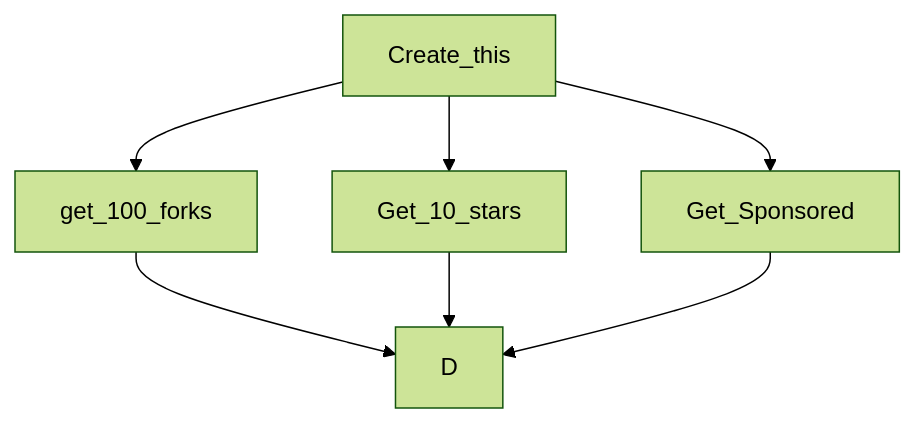
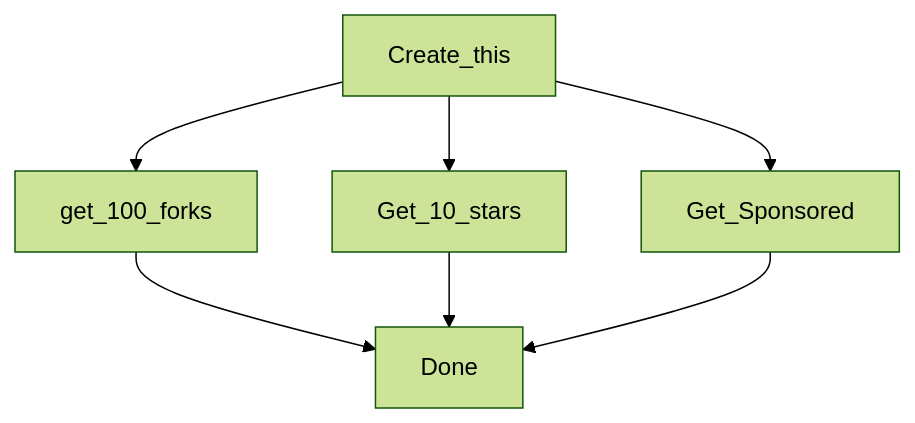
Before and after one commit to eymeen/cool-markdown: the diagram in README.md, drawn with Mermaid (forest theme). The commit also changed other lines of this file, not shown here.

````diff
--- a/README.md
+++ b/README.md
@@ -62,9 +136,9 @@
 ```mermaid
 graph TD;
     Create_this-->Get_Sponsored;
     Create_this-->Get_10_stars;
     Create_this-->get_100_forks;
-    get_100_forks-->D;
-    Get_10_stars-->D;
-    Get_Sponsored-->D;
+    get_100_forks-->Done;
+    Get_10_stars-->Done;
+    Get_Sponsored-->Done;
 ```
````
